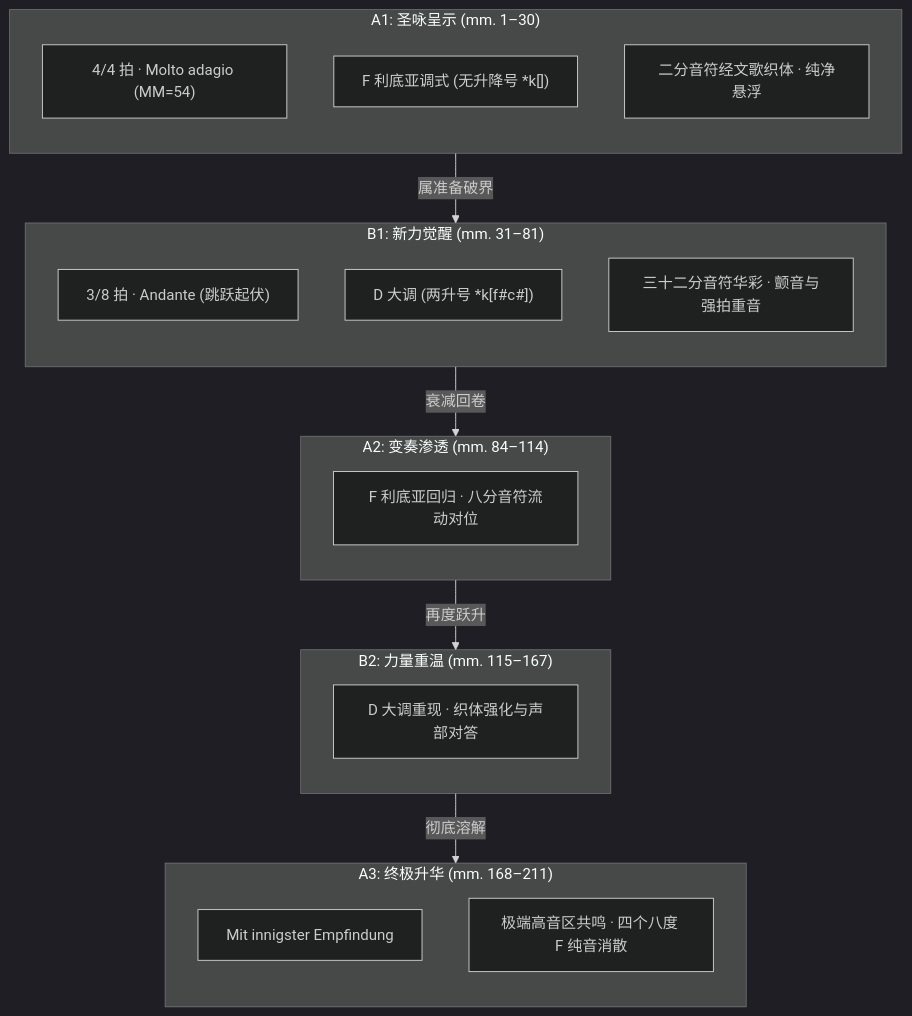
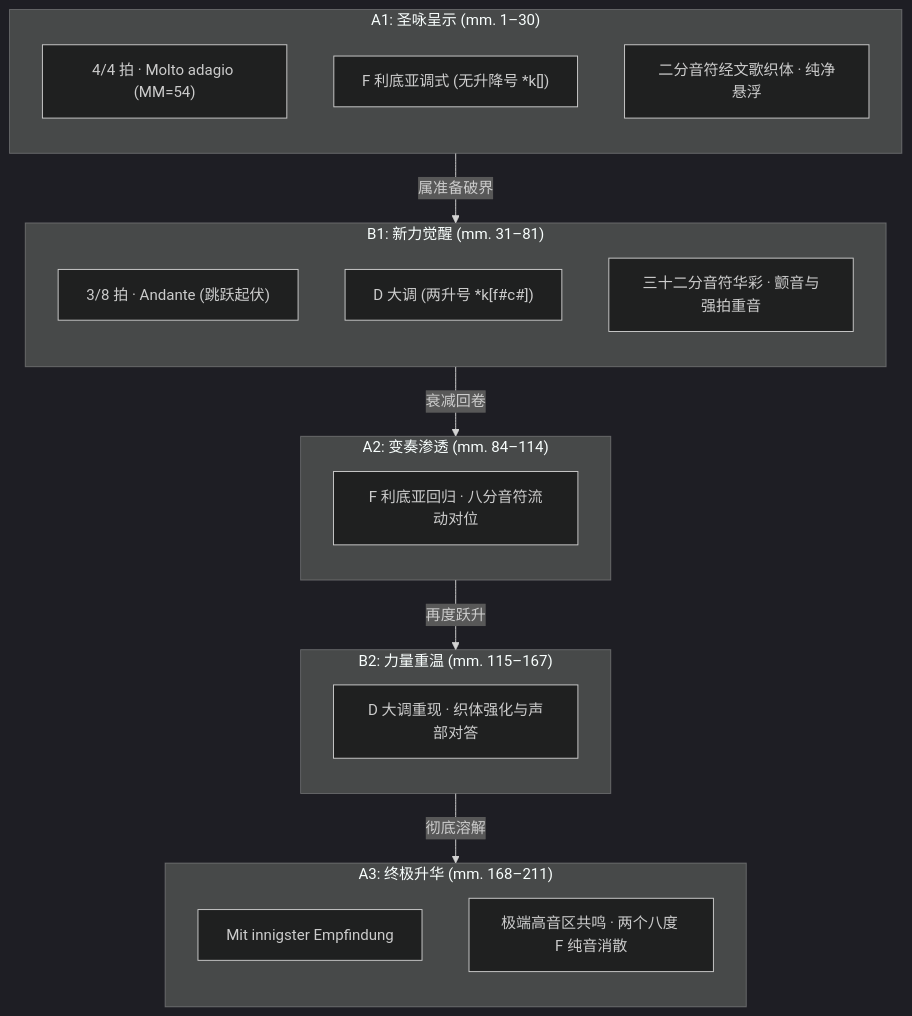
The diagram in content/techniques/harmony/lydian-mode-and-tonal-gravity.md (OpenCadenza/music-wiki), drawn with Mermaid (dark theme) before and after one commit. The commit also changed other lines of this file and 10 other files, not shown here.

````diff
--- a/content/techniques/harmony/lydian-mode-and-tonal-gravity.md
+++ b/content/techniques/harmony/lydian-mode-and-tonal-gravity.md
@@ -82,37 +82,37 @@
 ```mermaid
 flowchart TD
     subgraph A1 ["A1: 圣咏呈示 (mm. 1–30)"]
         direction TB
         A1_1["4/4 拍 · Molto adagio (MM=54)"]
         A1_2["F 利底亚调式 (无升降号 *k[])"]
         A1_3["二分音符经文歌织体 · 纯净悬浮"]
     end
 
     subgraph B1 ["B1: 新力觉醒 (mm. 31–81)"]
         direction TB
         B1_1["3/8 拍 · Andante (跳跃起伏)"]
         B1_2["D 大调 (两升号 *k[f#c#])"]
         B1_3["三十二分音符华彩 · 颤音与强拍重音"]
     end
 
     subgraph A2 ["A2: 变奏渗透 (mm. 84–114)"]
         direction TB
         A2_1["F 利底亚回归 · 八分音符流动对位"]
     end
 
     subgraph B2 ["B2: 力量重温 (mm. 115–167)"]
         direction TB
         B2_1["D 大调重现 · 织体强化与声部对答"]
     end
 
     subgraph A3 ["A3: 终极升华 (mm. 168–211)"]
         direction TB
         A3_1["Mit innigster Empfindung"]
-        A3_2["极端高音区共鸣 · 四个八度 F 纯音消散"]
+        A3_2["极端高音区共鸣 · 两个八度 F 纯音消散"]
     end
 
     A1 -->|"属准备破界"| B1
     B1 -->|"衰减回卷"| A2
     A2 -->|"再度跃升"| B2
     B2 -->|"彻底溶解"| A3
 ```
````
